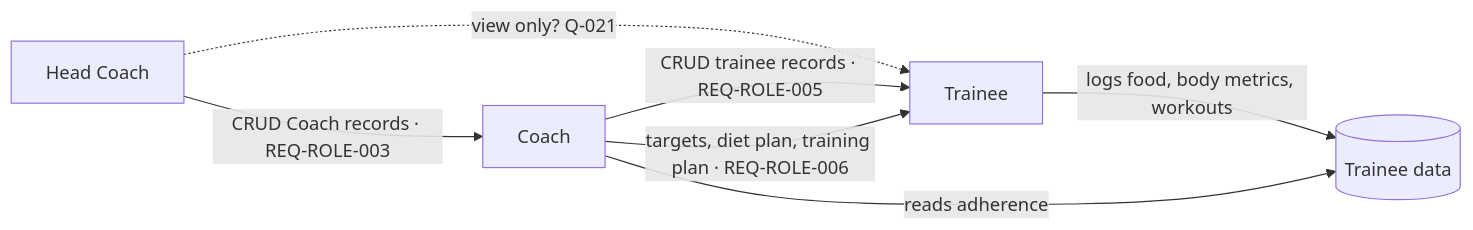
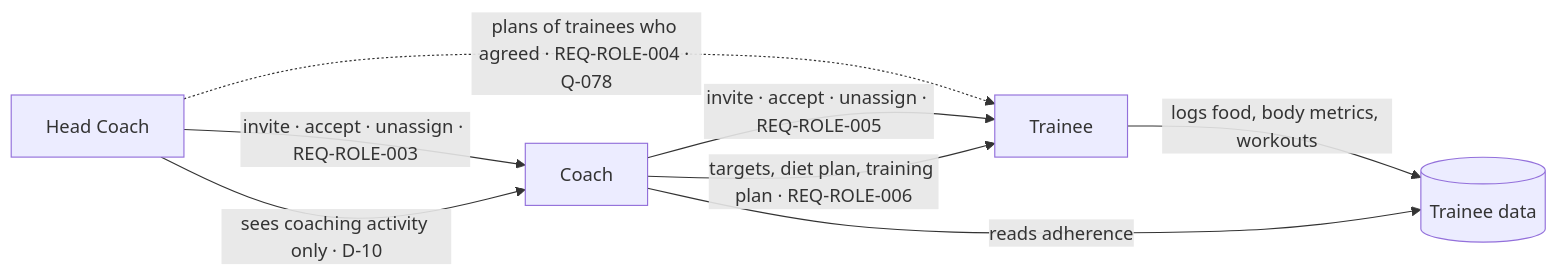
Before and after one commit to pradeepKumawatPalara/fitsphere: the second of 3 diagrams in flow.md, drawn with Mermaid. The commit also changed other lines of this file and 13 other files, not shown here.

````diff
--- a/flow.md
+++ b/flow.md
@@ -36,9 +36,10 @@
 ```mermaid
 flowchart LR
-    HC[Head Coach] -- CRUD Coach records · REQ-ROLE-003 --> CO[Coach]
-    HC -. view only? Q-021 .-> TE
-    CO -- CRUD trainee records · REQ-ROLE-005 --> TE[Trainee]
+    HC[Head Coach] -- invite · accept · unassign · REQ-ROLE-003 --> CO[Coach]
+    HC -- sees coaching activity only · D-10 --> CO
+    HC -. plans of trainees who agreed · REQ-ROLE-004 · Q-078 .-> TE
+    CO -- invite · accept · unassign · REQ-ROLE-005 --> TE[Trainee]
     CO -- targets, diet plan, training plan · REQ-ROLE-006 --> TE
     TE -- logs food, body metrics, workouts --> DATA[(Trainee data)]
     CO -- reads adherence --> DATA
 ```
````
